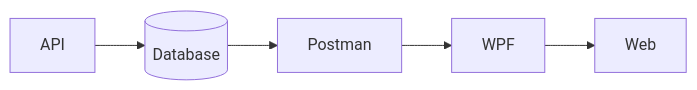
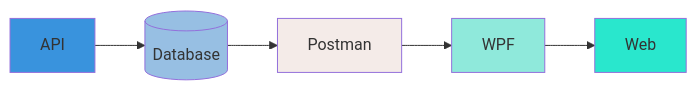
One commit to ThisIsCed/CSGO-TEAM-API changed the third of 3 diagrams in README.md. Above: the diagram before and after it, drawn with Mermaid. The commit also changed other lines of this file, not shown here.

````diff
--- a/README.md
+++ b/README.md
@@ -89,5 +90,9 @@
 ```mermaid
 flowchart LR
-API --> Database[(Database)]
---> Postman --> WPF --> Web 
+API:::apiclass --> Database[(Database)]:::dbclass--> Postman:::postman --> WPF:::wpfclass --> Web:::webclass
+classDef apiclass fill:#3993DD
+classDef dbclass fill:#97BFE3
+classDef postman fill:#F4EBE8
+classDef wpfclass fill:#8FE9DB
+classDef webclass fill:#29E7CD
 ```
````
